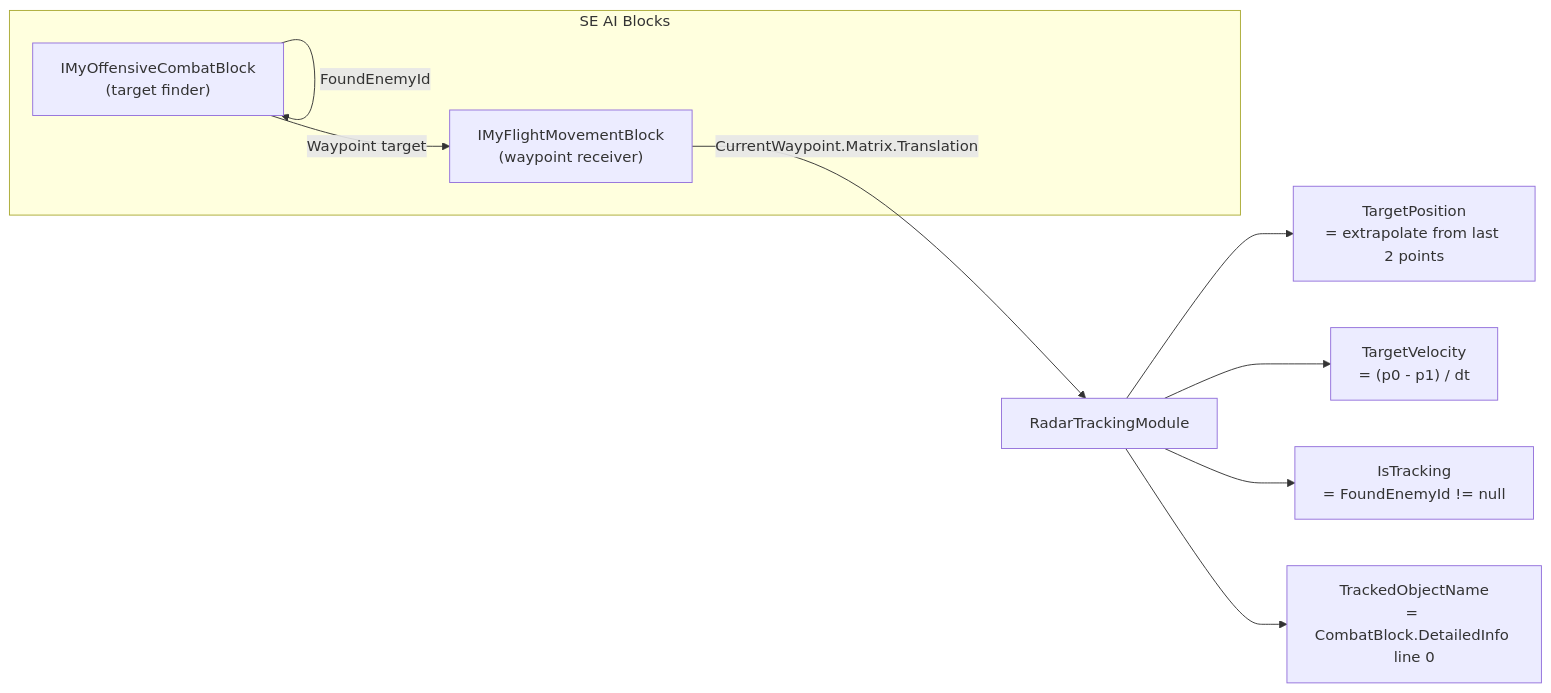
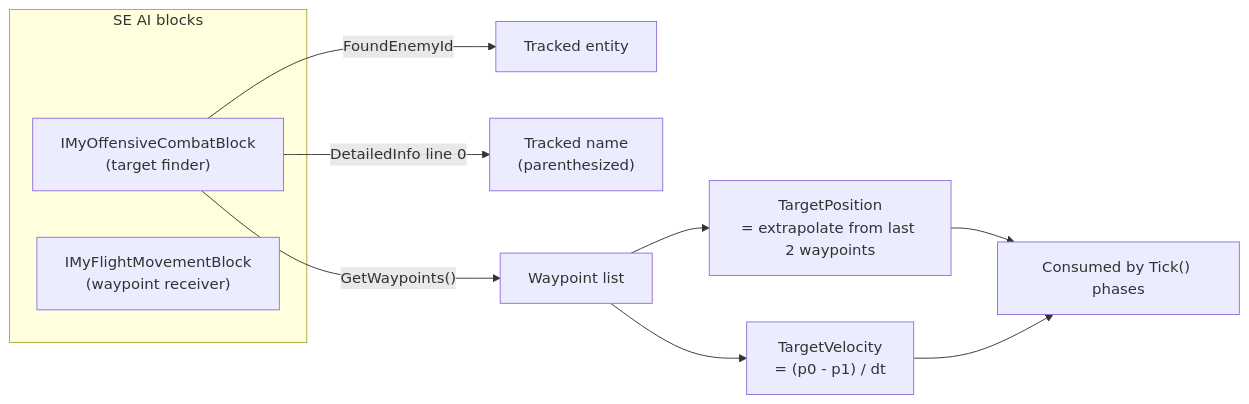
One commit to Terilia/JetOS changed the fourth of 8 diagrams in docs/weapons.md. Above: the diagram before and after it, drawn with Mermaid. The commit also changed other lines of this file and 23 other files, not shown here.

````diff
--- a/docs/weapons.md
+++ b/docs/weapons.md
@@ -108,16 +181,17 @@
 ```mermaid
 flowchart LR
-    subgraph AI ["SE AI Blocks"]
-        COMBAT["IMyOffensiveCombatBlock\n(target finder)"]
-        FLIGHT["IMyFlightMovementBlock\n(waypoint receiver)"]
+    subgraph AI ["SE AI blocks"]
+        CB["IMyOffensiveCombatBlock<br/>(target finder)"]
+        FB["IMyFlightMovementBlock<br/>(waypoint receiver)"]
     end
 
-    COMBAT --> |"FoundEnemyId"| COMBAT
-    COMBAT --> |"Waypoint target"| FLIGHT
-    FLIGHT --> |"CurrentWaypoint.Matrix.Translation"| RTM["RadarTrackingModule"]
+    CB --> |"FoundEnemyId"| ID["Tracked entity"]
+    CB --> |"DetailedInfo line 0"| NM["Tracked name<br/>(parenthesized)"]
+    CB --> |"GetWaypoints()"| WPL["Waypoint list"]
 
-    RTM --> POS["TargetPosition\n= extrapolate from last 2 points"]
-    RTM --> VEL["TargetVelocity\n= (p0 - p1) / dt"]
-    RTM --> STAT["IsTracking\n= FoundEnemyId != null"]
-    RTM --> NAME["TrackedObjectName\n= CombatBlock.DetailedInfo line 0"]
+    WPL --> P0["TargetPosition<br/>= extrapolate from last 2 waypoints"]
+    WPL --> V["TargetVelocity<br/>= (p0 - p1) / dt"]
+
+    P0 --> CONS["Consumed by Tick() phases"]
+    V --> CONS
 ```
````
